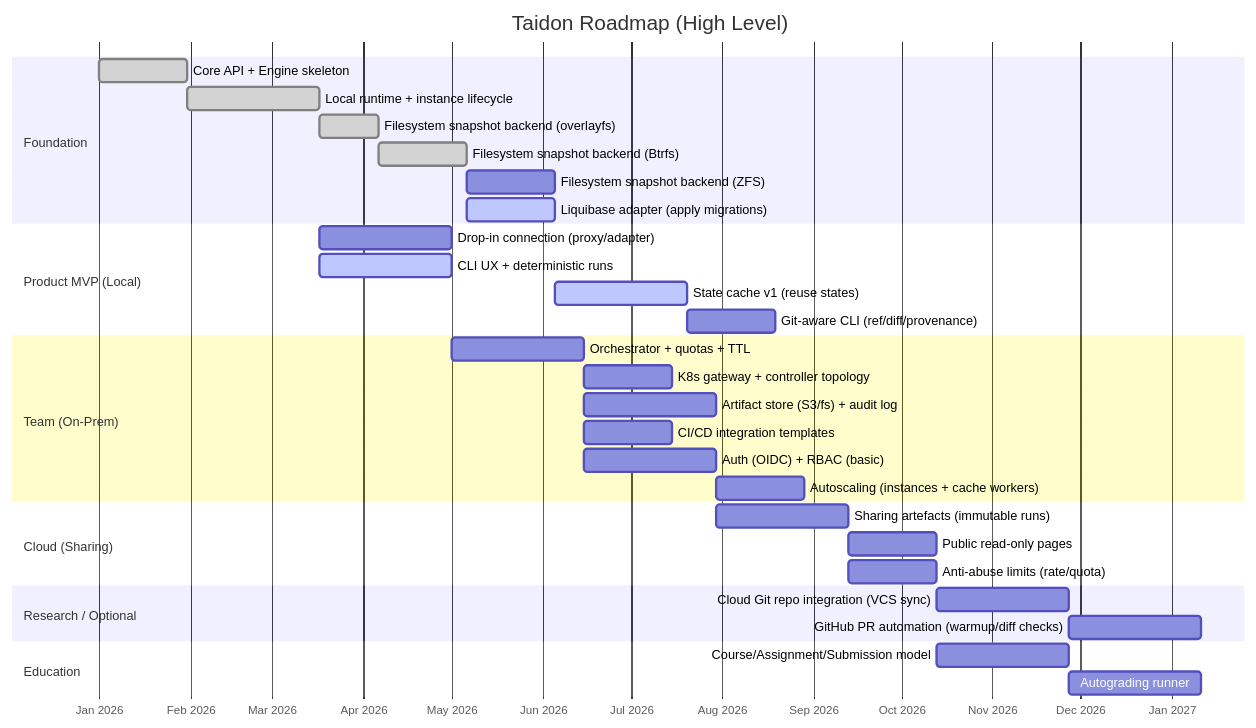
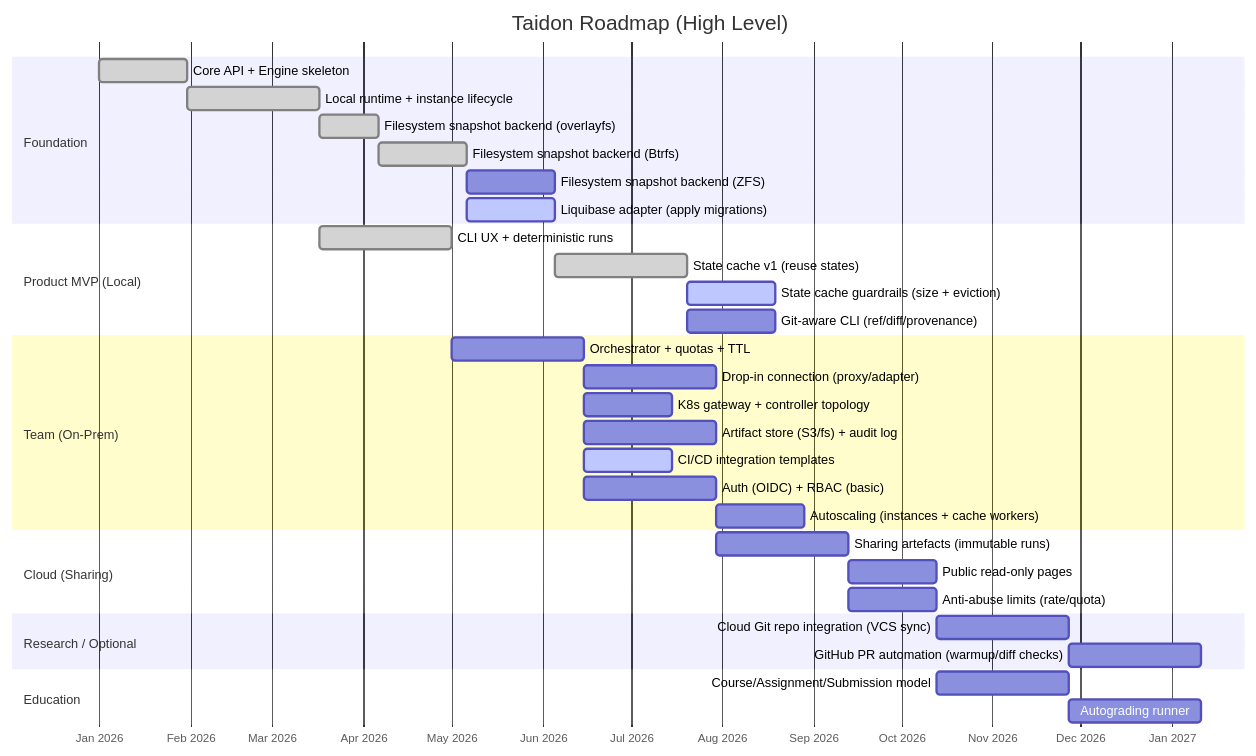
The diagram in docs/roadmap.md (kimak-irmagi/taidon), drawn with Mermaid before and after one commit. The commit also changed other lines of this file and 3 other files, not shown here.

Commit message:
Roadmap update

````diff
--- a/docs/roadmap.md
+++ b/docs/roadmap.md
@@ -27,41 +27,42 @@
 ```mermaid
 gantt
     title Taidon Roadmap (High Level)
     dateFormat  YYYY-MM-DD
     axisFormat  %b %Y
 
     section Foundation
     Core API + Engine skeleton                 :done, a1, 2026-01-01, 30d
     Local runtime + instance lifecycle         :done, a2, after a1, 45d
     Filesystem snapshot backend (overlayfs)    :done, a2fs, after a2, 20d
     Filesystem snapshot backend (Btrfs)        :done, a2b, after a2fs, 30d
     Filesystem snapshot backend (ZFS)          :a2z, after a2b, 30d
     Liquibase adapter (apply migrations)       :active, a3, after a2b, 30d
 
     section Product MVP (Local)
-    Drop-in connection (proxy/adapter)         :b1, after a2, 45d
-    CLI UX + deterministic runs                :active, b2, after a2, 45d
-    State cache v1 (reuse states)              :active, b3, after a3, 45d
+    CLI UX + deterministic runs                :done, b2, after a2, 45d
+    State cache v1 (reuse states)              :done, b3, after a3, 45d
+    State cache guardrails (size + eviction)   :active, b3g, after b3, 30d
     Git-aware CLI (ref/diff/provenance)        :b4, after b3, 30d
 
     section Team (On-Prem)
     Orchestrator + quotas + TTL                :c1, after b2, 45d
+    Drop-in connection (proxy/adapter)         :c0, after c1, 45d
     K8s gateway + controller topology          :c6, after c1, 30d
     Artifact store (S3/fs) + audit log         :c2, after c1, 45d
-    CI/CD integration templates                :c3, after c1, 30d
+    CI/CD integration templates                :active, c3, after c1, 30d
     Auth (OIDC) + RBAC (basic)                 :c4, after c1, 45d
     Autoscaling (instances + cache workers)    :c5, after c2, 30d
 
     section Cloud (Sharing)
     Sharing artefacts (immutable runs)         :d1, after c2, 45d
     Public read-only pages                     :d2, after d1, 30d
     Anti-abuse limits (rate/quota)             :d3, after d1, 30d
 
     section Research / Optional
     Cloud Git repo integration (VCS sync)      :o1, after d2, 45d
     GitHub PR automation (warmup/diff checks)  :o2, after o1, 45d
 
     section Education
     Course/Assignment/Submission model         :e1, after d2, 45d
     Autograding runner                         :e2, after e1, 45d
 ```
````
